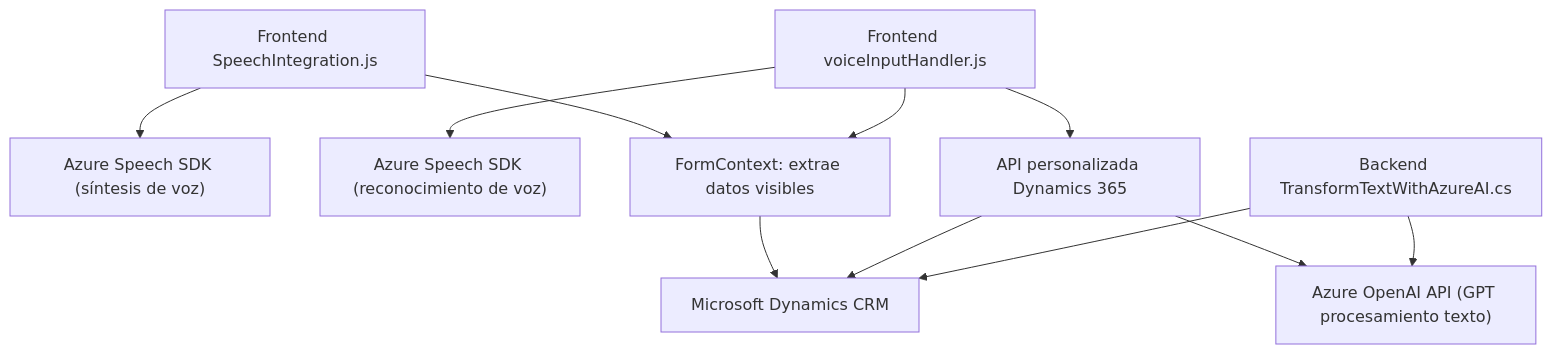
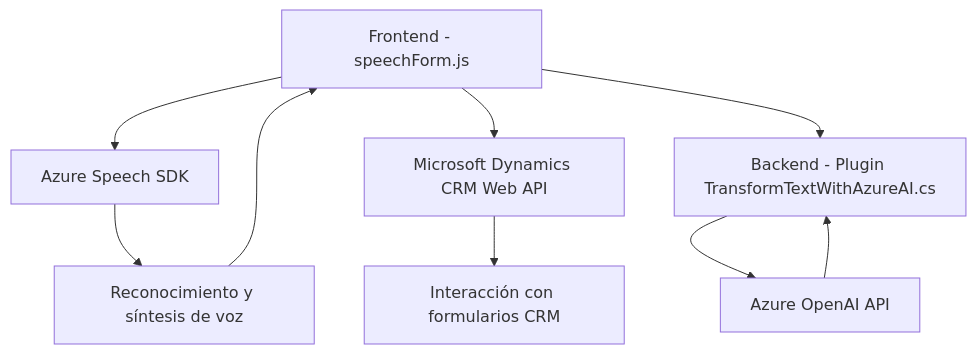
The diagram in README.md (blopezdm/NETCORE_BILBAO2025), drawn with Mermaid before and after one commit. The commit also changed other lines of this file, not shown here.

Commit message:
Actualizar análisis global de la solución con IA

````diff
--- a/README.md
+++ b/README.md
@@ -38,14 +33,11 @@
 ```mermaid
 graph TD
-    A["Frontend SpeechIntegration.js"] --> B["Azure Speech SDK (síntesis de voz)"]
-    C["Frontend voiceInputHandler.js"] --> D["Azure Speech SDK (reconocimiento de voz)"]
-    C --> G["API personalizada Dynamics 365"]
-    A --> E["FormContext: extrae datos visibles"]
-    C --> E
-    G --> H["Azure OpenAI API (GPT procesamiento texto)"]
-    I["Backend TransformTextWithAzureAI.cs"] --> H
-    F["Microsoft Dynamics CRM"]
-    E --> F
-    G --> F
-    I --> F
+    A["Frontend - speechForm.js"] --> B["Azure Speech SDK"]
+    A --> C["Microsoft Dynamics CRM Web API"]
+    A --> D["Backend - Plugin TransformTextWithAzureAI.cs"]
+    D --> E["Azure OpenAI API"]
+    B --> F["Reconocimiento y síntesis de voz"]
+    C --> G["Interacción con formularios CRM"]
+    F --> A
+    E --> D
 ```
````
